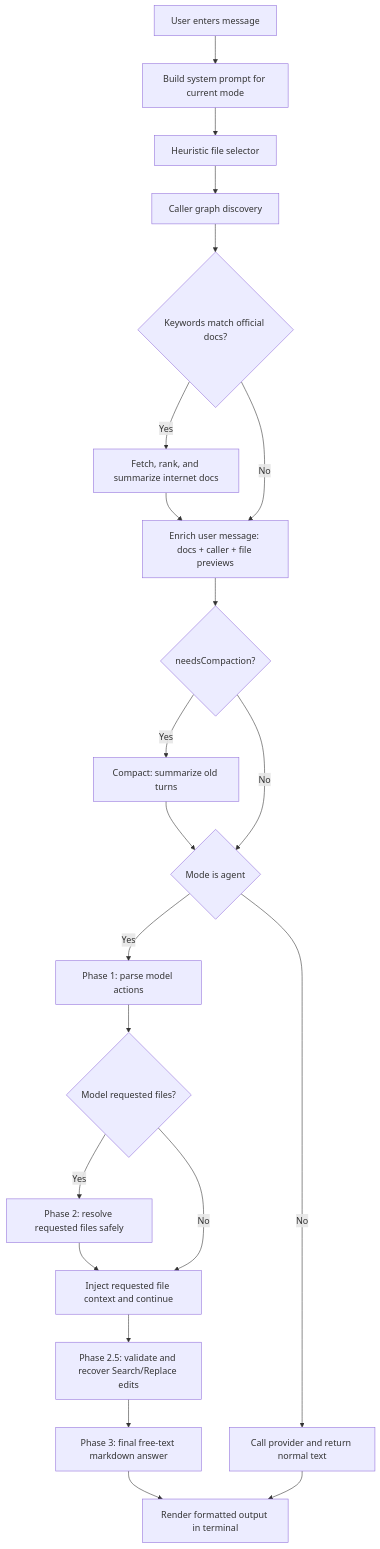
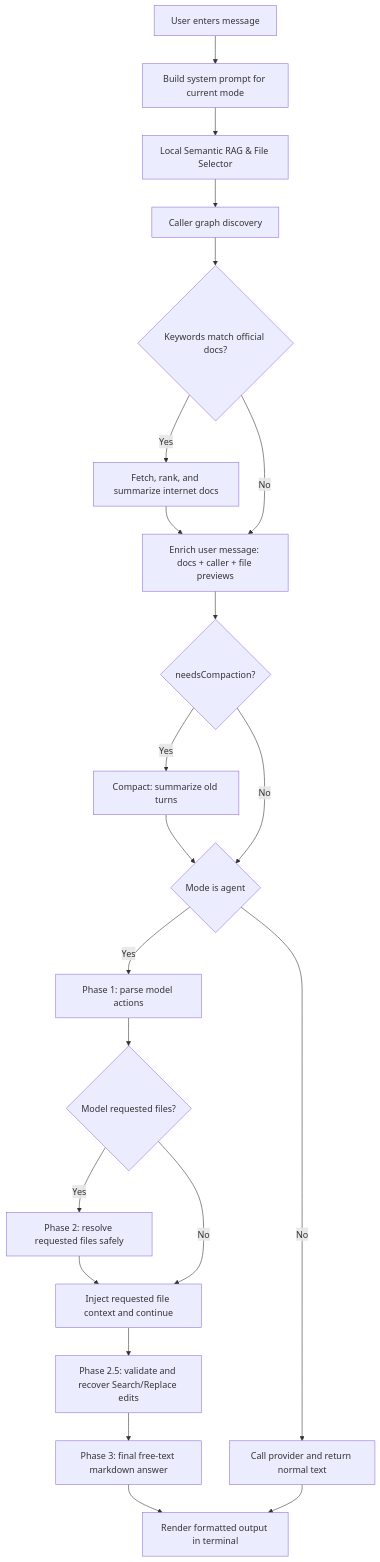
Before and after one commit to lucasaguilar/rei: the first of 2 diagrams in README.md, drawn with Mermaid. The commit also changed other lines of this file and 8 other files, not shown here.

Commit message:
feat: implement local semantic RAG pipeline with AST-aware chunking and vector-based retrieval

````diff
--- a/README.md
+++ b/README.md
@@ -505,26 +509,26 @@
 ```mermaid
 flowchart TD
   A[User enters message] --> B[Build system prompt for current mode]
-  B --> C[Heuristic file selector]
+  B --> C[Local Semantic RAG & File Selector]
   C --> CG[Caller graph discovery]
   CG --> C2{Keywords match official docs?}
   C2 -->|Yes| C3[Fetch, rank, and summarize internet docs]
   C3 --> D[Enrich user message: docs + caller + file previews]
   C2 -->|No| D
 
   D --> SC{needsCompaction?}
   SC -->|Yes| SC2[Compact: summarize old turns]
   SC2 --> E{Mode is agent}
   SC -->|No| E
 
   E -->|No| F[Call provider and return normal text]
   E -->|Yes| G[Phase 1: parse model actions]
   G --> H{Model requested files?}
   H -->|Yes| I[Phase 2: resolve requested files safely]
   I --> J[Inject requested file context and continue]
   H -->|No| J
   J --> K[Phase 2.5: validate and recover Search/Replace edits]
   K --> L[Phase 3: final free-text markdown answer]
   L --> M[Render formatted output in terminal]
   F --> M
 ```
````
